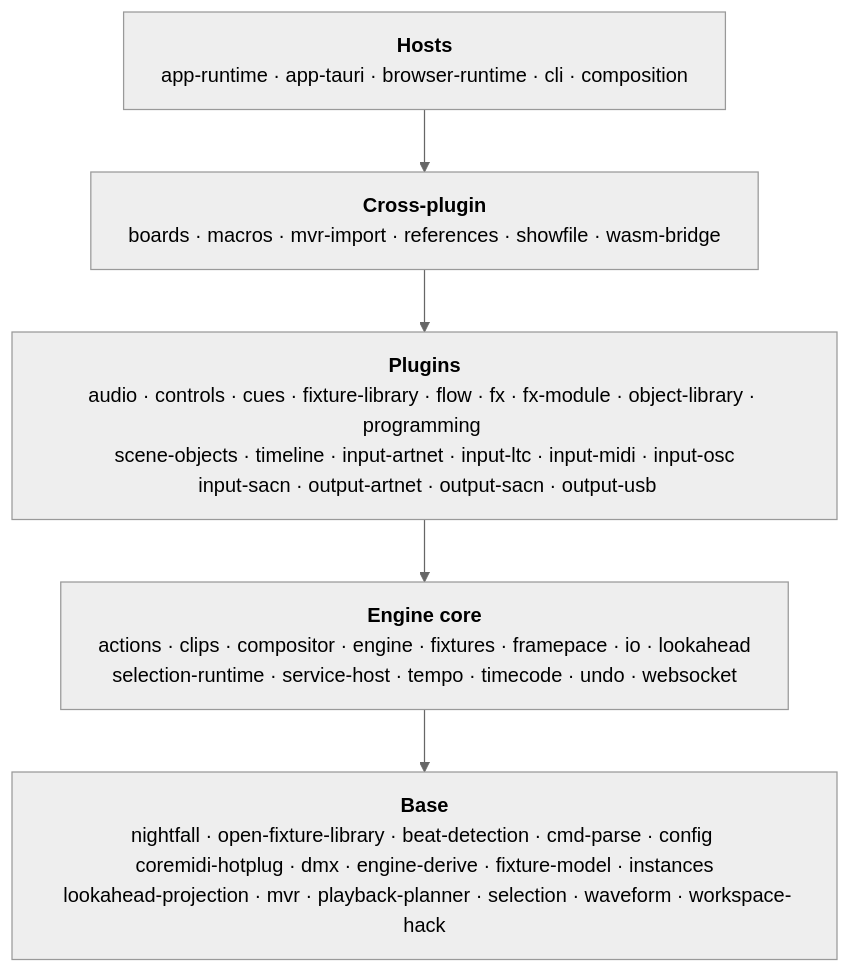
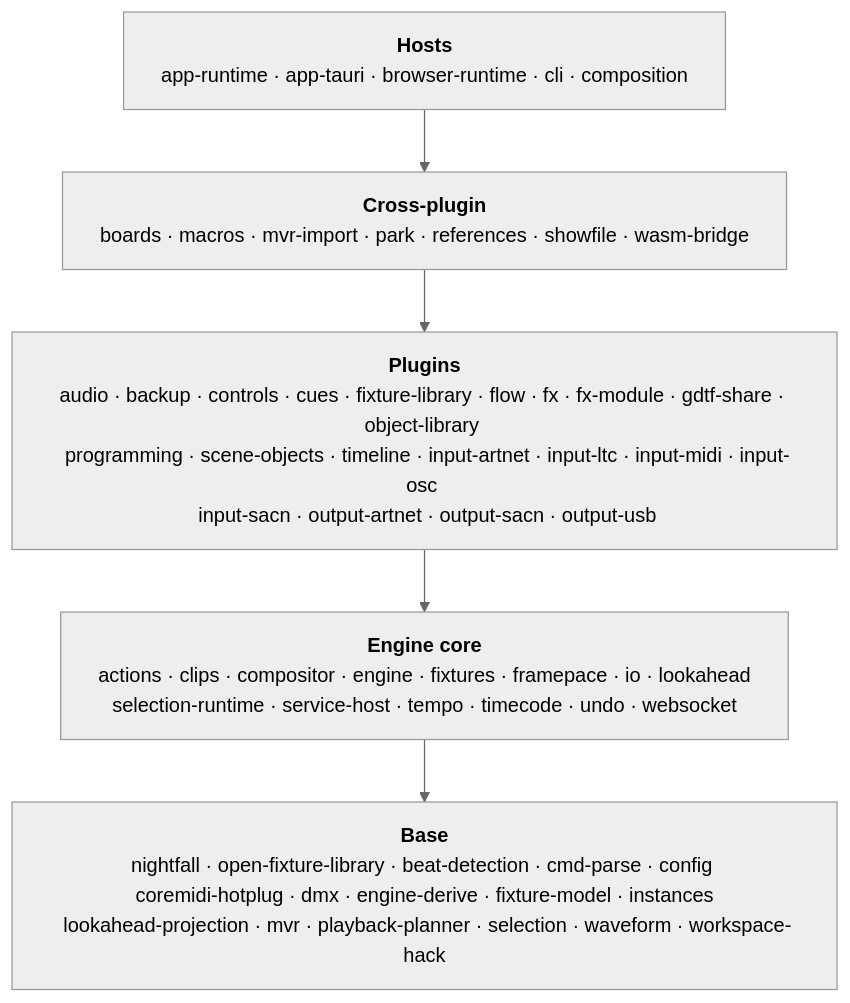
Before and after one commit to stewartadam/nightfall-lightdesk: the diagram in docs/internal/src/architecture/crate-map.md, drawn with Mermaid (neutral theme). The commit also changed other lines of this file and 6 other files, not shown here.

````diff
--- a/docs/internal/src/architecture/crate-map.md
+++ b/docs/internal/src/architecture/crate-map.md
@@ -13,16 +13,16 @@
 ```mermaid
 ---
 config:
   flowchart:
     wrappingWidth: 600
 ---
 flowchart TB
   accTitle: Crate layers, their crates, and allowed dependencies
   accDescr: Five layers from hosts down to base, each listing its crates. Each layer may depend on any layer below it. Plugin crates may not depend on other plugin crates.
   hosts["<b>Hosts</b><br/>app-runtime · app-tauri · browser-runtime · cli · composition"]
-  crossPlugin["<b>Cross-plugin</b><br/>boards · macros · mvr-import · references · showfile · wasm-bridge"]
-  plugins["<b>Plugins</b><br/>audio · controls · cues · fixture-library · flow · fx · fx-module · object-library · programming <br/> scene-objects · timeline · input-artnet · input-ltc · input-midi · input-osc <br /> input-sacn · output-artnet · output-sacn · output-usb"]
+  crossPlugin["<b>Cross-plugin</b><br/>boards · macros · mvr-import · park · references · showfile · wasm-bridge"]
+  plugins["<b>Plugins</b><br/>audio · backup · controls · cues · fixture-library · flow · fx · fx-module · gdtf-share · object-library <br/> programming · scene-objects · timeline · input-artnet · input-ltc · input-midi · input-osc <br /> input-sacn · output-artnet · output-sacn · output-usb"]
   engineCore["<b>Engine core</b><br/>actions · clips · compositor · engine · fixtures · framepace · io · lookahead <br /> selection-runtime · service-host · tempo · timecode · undo · websocket"]
   base["<b>Base</b><br/>nightfall · open-fixture-library · beat-detection · cmd-parse · config <br /> coremidi-hotplug · dmx · engine-derive · fixture-model · instances <br /> lookahead-projection · mvr · playback-planner · selection · waveform · workspace-hack"]
   hosts --> crossPlugin --> plugins --> engineCore --> base
 ```
````
